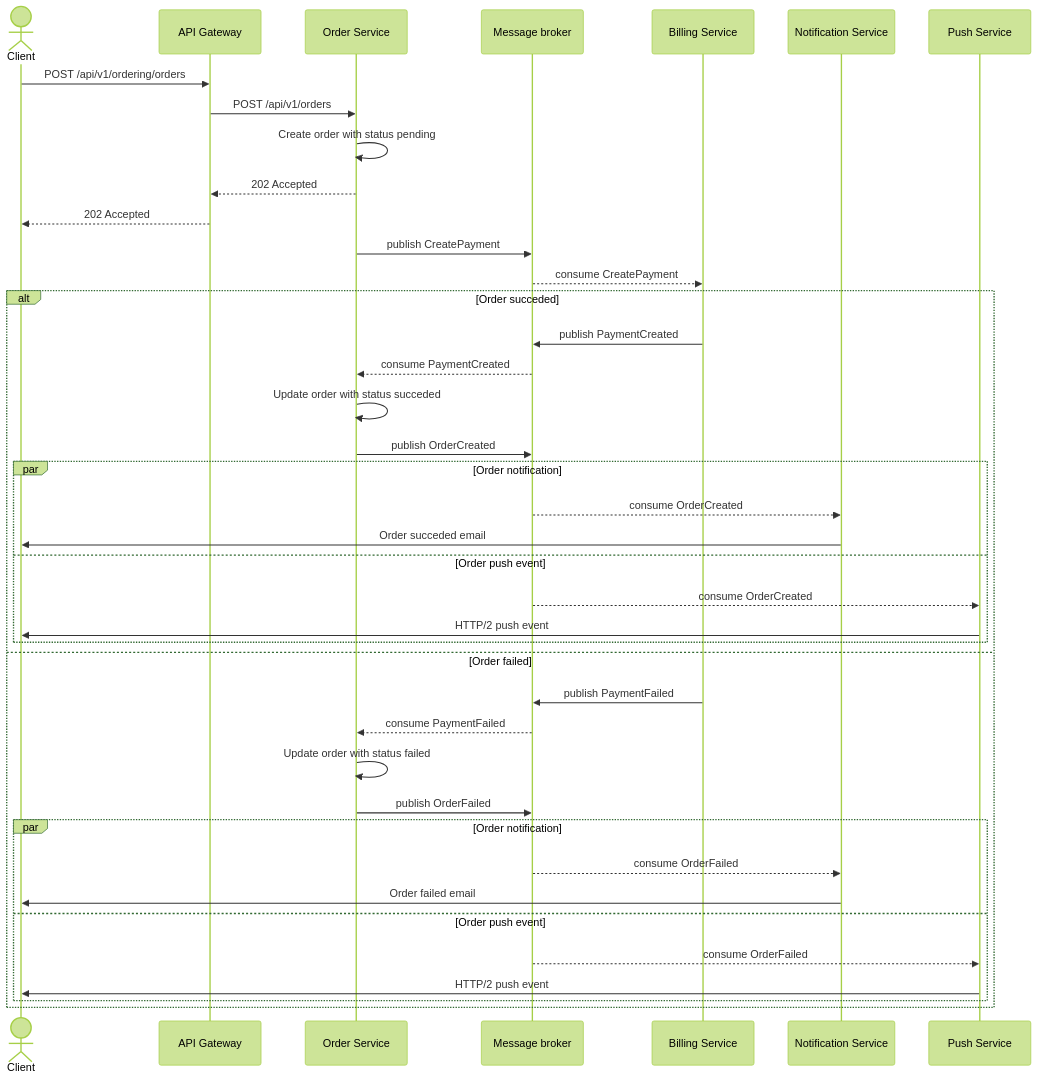
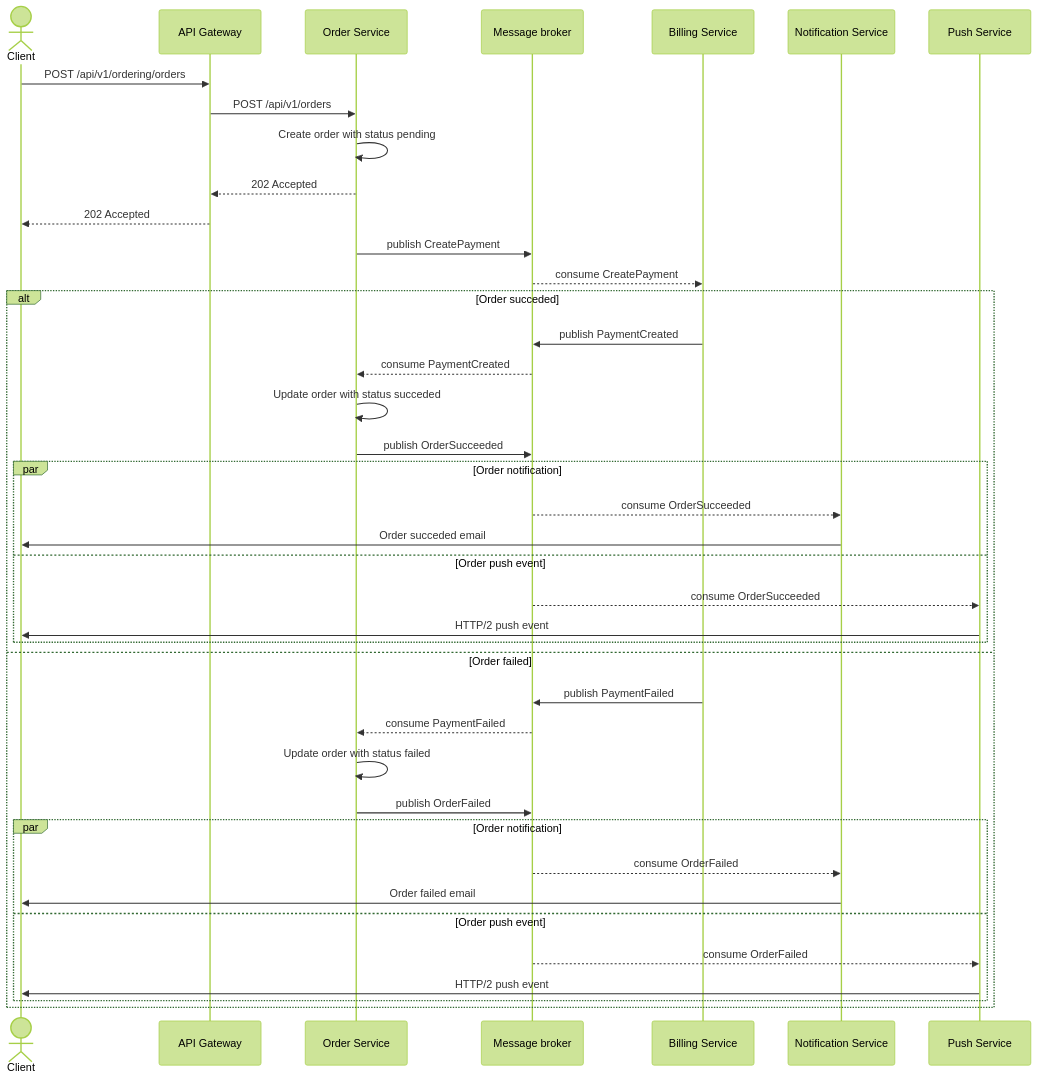
Before and after one commit to strider2038/otus-micro-5: the eighth of 8 diagrams in docs/design.raw.md, drawn with Mermaid (forest theme). The commit also changed 62 other files, not shown here.

Commit message:
order service

````diff
--- a/docs/design.raw.md
+++ b/docs/design.raw.md
@@ -292,38 +292,38 @@
 ```mermaid
 sequenceDiagram
     actor Client
     
     Client->>API Gateway: POST /api/v1/ordering/orders
     API Gateway->>Order Service: POST /api/v1/orders
     Order Service->>Order Service: Create order with status pending
     Order Service-->>API Gateway: 202 Accepted
     API Gateway-->>Client: 202 Accepted
     Order Service->>Message broker: publish CreatePayment
     Message broker-->>Billing Service: consume CreatePayment
     
     alt Order succeded
         Billing Service->>Message broker: publish PaymentCreated
         Message broker-->>Order Service: consume PaymentCreated
         Order Service->>Order Service: Update order with status succeded
-        Order Service->>Message broker: publish OrderCreated
+        Order Service->>Message broker: publish OrderSucceeded
         par Order notification
-            Message broker-->>Notification Service: consume OrderCreated
+            Message broker-->>Notification Service: consume OrderSucceeded
             Notification Service->>Client: Order succeded email
         and Order push event
-            Message broker-->>Push Service: consume OrderCreated
+            Message broker-->>Push Service: consume OrderSucceeded
             Push Service->>Client: HTTP/2 push event
         end
     else Order failed
         Billing Service->>Message broker: publish PaymentFailed
         Message broker-->>Order Service: consume PaymentFailed
         Order Service->>Order Service: Update order with status failed
         Order Service->>Message broker: publish OrderFailed
         par Order notification
             Message broker-->>Notification Service: consume OrderFailed
             Notification Service->>Client: Order failed email
         and Order push event
             Message broker-->>Push Service: consume OrderFailed
             Push Service->>Client: HTTP/2 push event
         end
     end
 ```
````
